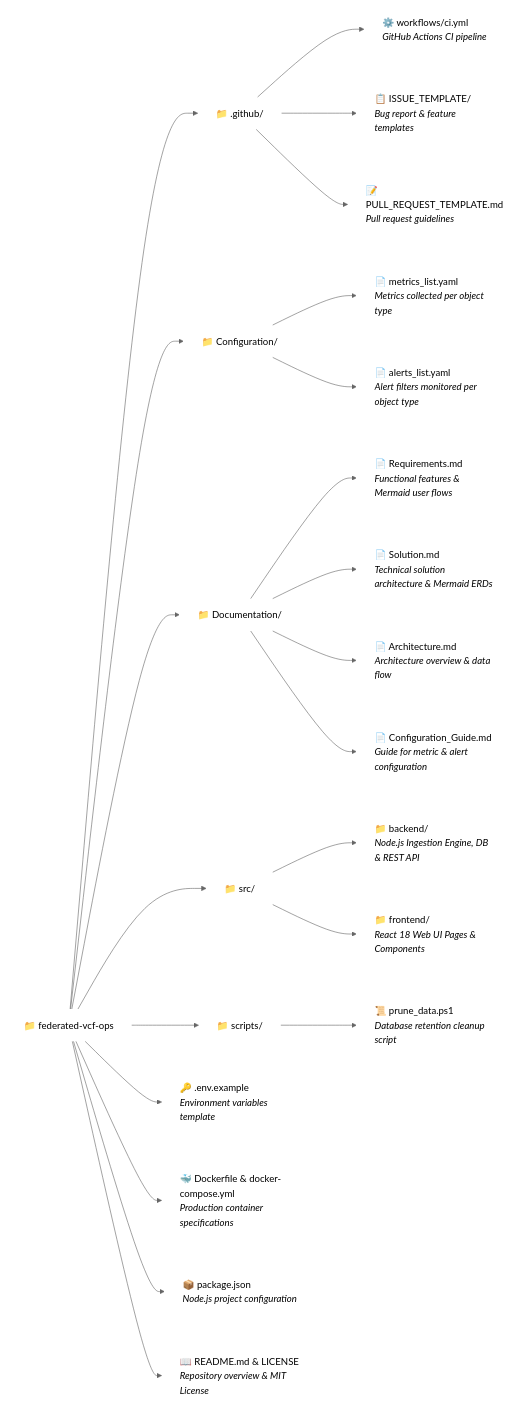
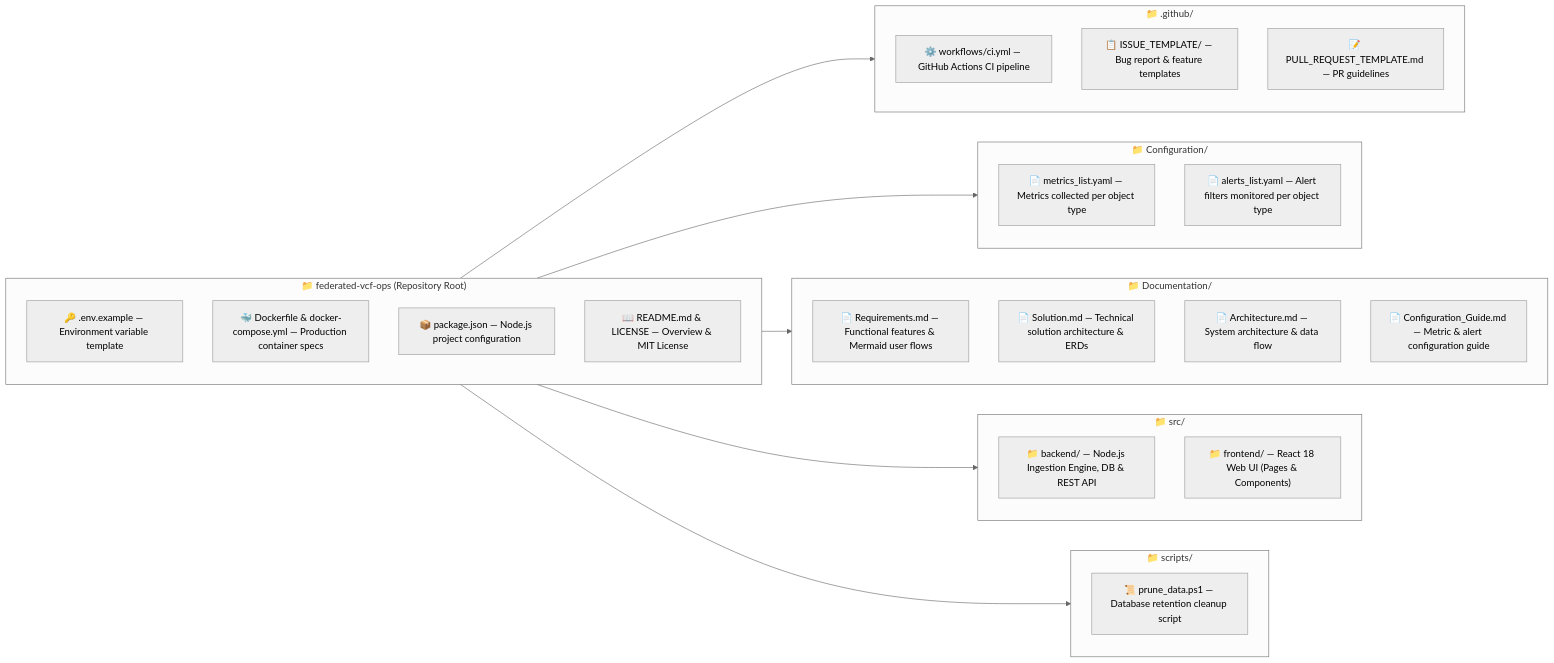
The diagram in README.md (e1-rahabok/Federated-VCF-Operations), drawn with Mermaid (neutral theme) before and after one commit.

Commit message:
fix: re-architect README Mermaid layout with subgraphs to fix SVG collapse and ensure wide left-aligned rendering

````diff
--- a/README.md
+++ b/README.md
@@ -27,40 +27,50 @@
 ```mermaid
 flowchart LR
-    classDef folder fill:none,stroke:none,color:#000000,text-align:left;
-    classDef file fill:none,stroke:none,color:#000000,text-align:left;
+    direction LR
 
-    Root["📁 federated-vcf-ops"]:::folder
+    subgraph Root ["📁 federated-vcf-ops (Repository Root)"]
+        direction TB
+        env["🔑 .env.example — Environment variable template"]
+        dock["🐳 Dockerfile & docker-compose.yml — Production container specs"]
+        pkg["📦 package.json — Node.js project configuration"]
+        read["📖 README.md & LICENSE — Overview & MIT License"]
+    end
 
-    %% .github folder
-    Root --> GH["📁 .github/"]:::folder
-    GH --> GH1["⚙️ workflows/ci.yml<br/><i>GitHub Actions CI pipeline</i>"]:::file
-    GH --> GH2["📋 ISSUE_TEMPLATE/<br/><i>Bug report & feature templates</i>"]:::file
-    GH --> GH3["📝 PULL_REQUEST_TEMPLATE.md<br/><i>Pull request guidelines</i>"]:::file
+    subgraph GH ["📁 .github/"]
+        direction TB
+        ci["⚙️ workflows/ci.yml — GitHub Actions CI pipeline"]
+        it["📋 ISSUE_TEMPLATE/ — Bug report & feature templates"]
+        pr["📝 PULL_REQUEST_TEMPLATE.md — PR guidelines"]
+    end
 
-    %% Configuration folder
-    Root --> CONF["📁 Configuration/"]:::folder
-    CONF --> C1["📄 metrics_list.yaml<br/><i>Metrics collected per object type</i>"]:::file
-    CONF --> C2["📄 alerts_list.yaml<br/><i>Alert filters monitored per object type</i>"]:::file
+    subgraph CONF ["📁 Configuration/"]
+        direction TB
+        m["📄 metrics_list.yaml — Metrics collected per object type"]
+        a["📄 alerts_list.yaml — Alert filters monitored per object type"]
+    end
 
-    %% Documentation folder
-    Root --> DOC["📁 Documentation/"]:::folder
-    DOC --> D1["📄 Requirements.md<br/><i>Functional features & Mermaid user flows</i>"]:::file
-    DOC --> D2["📄 Solution.md<br/><i>Technical solution architecture & Mermaid ERDs</i>"]:::file
-    DOC --> D3["📄 Architecture.md<br/><i>Architecture overview & data flow</i>"]:::file
-    DOC --> D4["📄 Configuration_Guide.md<br/><i>Guide for metric & alert configuration</i>"]:::file
+    subgraph DOC ["📁 Documentation/"]
+        direction TB
+        req["📄 Requirements.md — Functional features & Mermaid user flows"]
+        sol["📄 Solution.md — Technical solution architecture & ERDs"]
+        arch["📄 Architecture.md — System architecture & data flow"]
+        cfg["📄 Configuration_Guide.md — Metric & alert configuration guide"]
+    end
 
-    %% src folder
-    Root --> SRC["📁 src/"]:::folder
-    SRC --> B["📁 backend/<br/><i>Node.js Ingestion Engine, DB & REST API</i>"]:::folder
-    SRC --> F["📁 frontend/<br/><i>React 18 Web UI Pages & Components</i>"]:::folder
+    subgraph SRC ["📁 src/"]
+        direction TB
+        back["📁 backend/ — Node.js Ingestion Engine, DB & REST API"]
+        front["📁 frontend/ — React 18 Web UI (Pages & Components)"]
+    end
 
-    %% scripts folder
-    Root --> SCR["📁 scripts/"]:::folder
-    SCR --> S1["📜 prune_data.ps1<br/><i>Database retention cleanup script</i>"]:::file
+    subgraph SCR ["📁 scripts/"]
+        direction TB
+        ps["📜 prune_data.ps1 — Database retention cleanup script"]
+    end
 
-    %% Root configuration files
-    Root --> ENV["🔑 .env.example<br/><i>Environment variables template</i>"]:::file
-    Root --> DOCK["🐳 Dockerfile & docker-compose.yml<br/><i>Production container specifications</i>"]:::file
-    Root --> PKG["📦 package.json<br/><i>Node.js project configuration</i>"]:::file
-    Root --> READ["📖 README.md & LICENSE<br/><i>Repository overview & MIT License</i>"]:::file
+    Root --> GH
+    Root --> CONF
+    Root --> DOC
+    Root --> SRC
+    Root --> SCR
 ```
````
